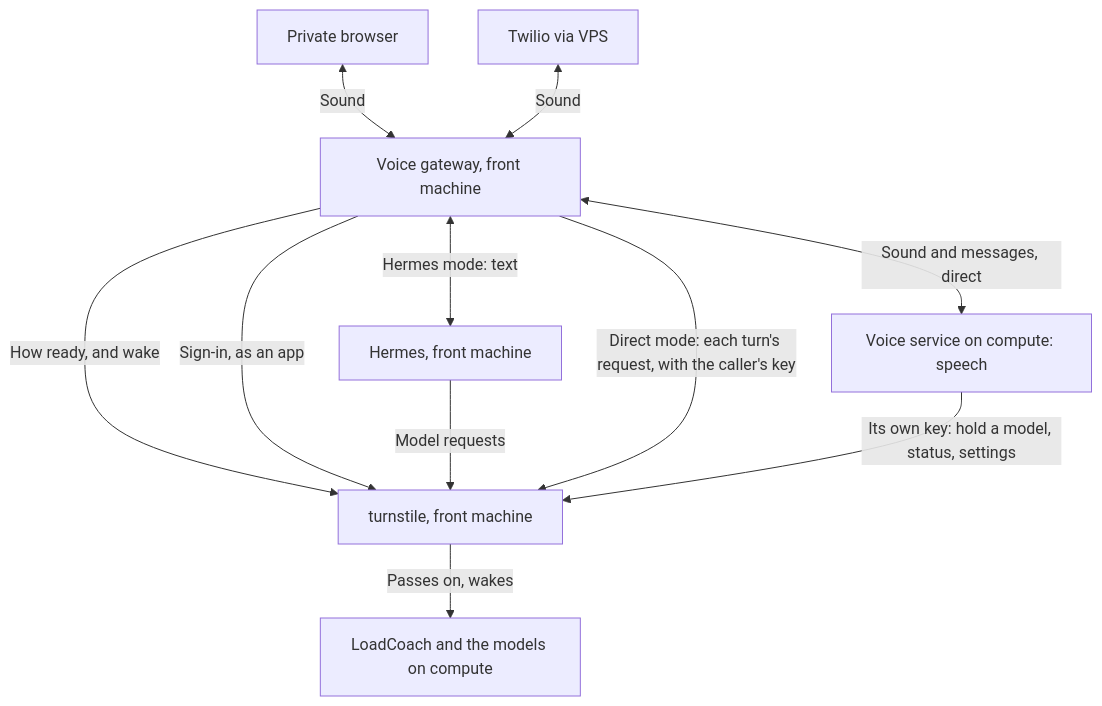
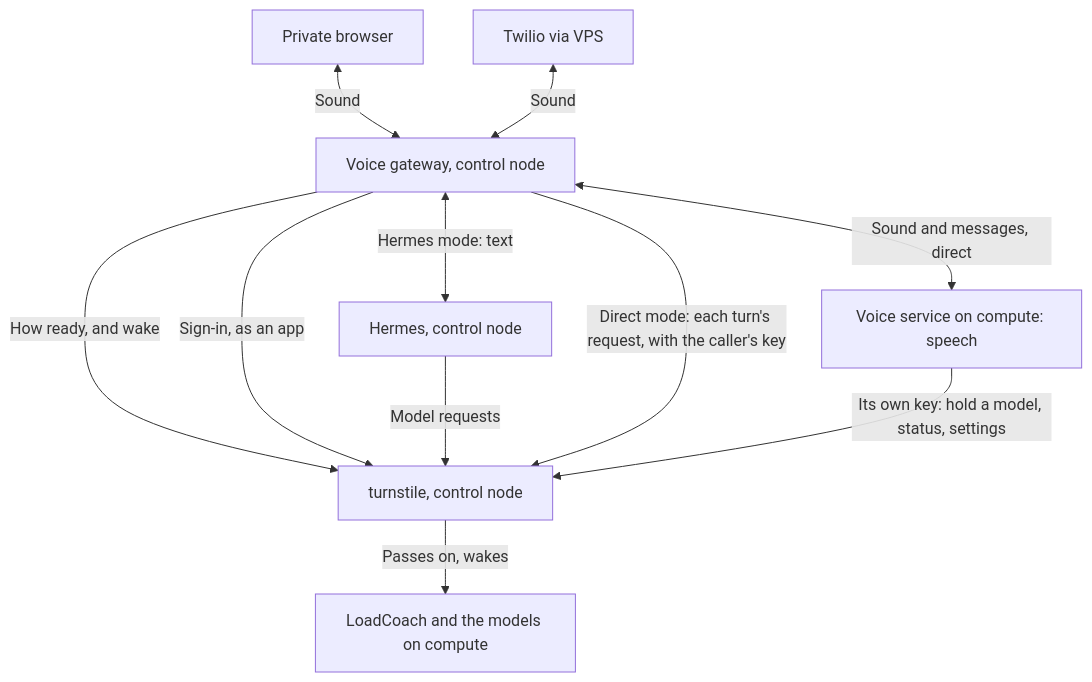
The diagram in docs/voice.md (JPKell/openWeightGym), drawn with Mermaid before and after one commit. The commit also changed other lines of this file and 215 other files, not shown here.

First line of the commit message:
Rename front machine terminology to control node

````diff
--- a/docs/voice.md
+++ b/docs/voice.md
@@ -125,13 +125,13 @@
 ```mermaid
 flowchart TD
-    B["Private browser"] <-->|Sound| G["Voice gateway, front machine"]
+    B["Private browser"] <-->|Sound| G["Voice gateway, control node"]
     T["Twilio via VPS"] <-->|Sound| G
     G <-->|Sound and messages, direct| C["Voice service on compute: speech"]
-    G <-->|Hermes mode: text| H["Hermes, front machine"]
-    G -->|How ready, and wake| R["turnstile, front machine"]
+    G <-->|Hermes mode: text| H["Hermes, control node"]
+    G -->|How ready, and wake| R["turnstile, control node"]
     G -->|Sign-in, as an app| R
     H -->|Model requests| R
     R -->|Passes on, wakes| L["LoadCoach and the models on compute"]
     G -->|Direct mode: each turn's request, with the caller's key| R
     C -->|Its own key: hold a model, status, settings| R
 ```
````
